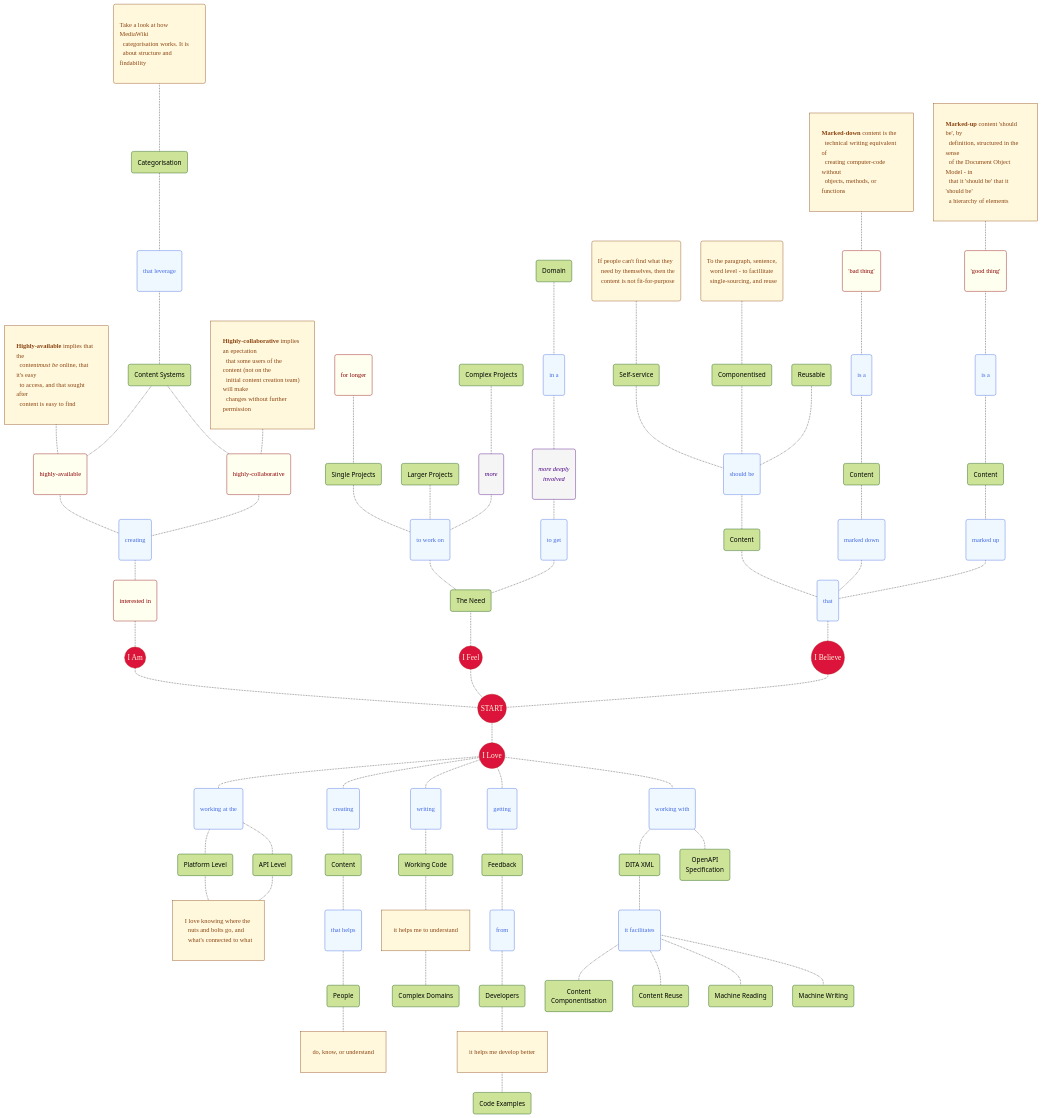
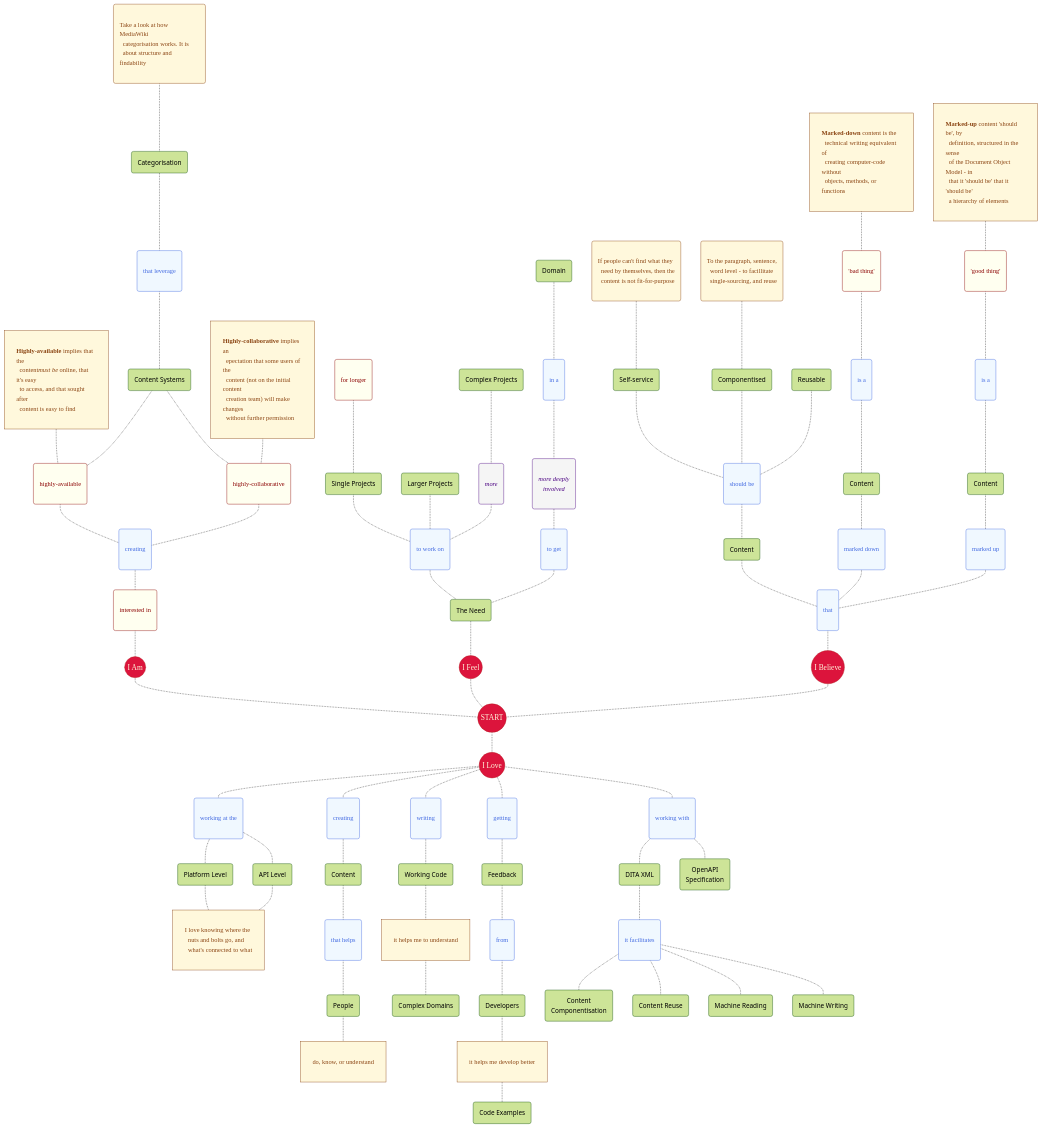
Before and after one commit to joe-dorward/samples: the diagram in my_mermaid_mindmap.md, drawn with Mermaid.

```diff
--- a/my_mermaid_mindmap.md
+++ b/my_mermaid_mindmap.md
@@ -3,13 +3,9 @@
 flowchart TD
   classDef Start fill:crimson, color:cornsilk, stroke:firebrick, font-family:verdana, font-size:14pt, padding:10px;
 
-  %%classDef Noun fill:honeydew, color:darkgreen, stroke:darkgreen, font-family:verdana, height:50px, line-height:16pt, font-size:14pt, padding:0px 0px 20px 50px;
-  %%classDef Noun font-family:verdana, height:36px, line-height:14pt, padding:8px;
-
   classDef Verb fill:aliceblue, color:royalblue, stroke:royalblue, font-family:verdana, padding:0px 4px;
   classDef Adverb fill:whitesmoke, color:indigo, stroke:indigo, font-family:verdana, font-style:italic, padding:0px 4px;
   classDef Adjective fill:ivory, color:darkred, stroke:darkred, font-family:verdana, padding:0px 4px;
-  %%classDef Note fill:cornsilk, stroke:saddlebrown, color:saddlebrown, font-family:verdana, text-align:left, padding-left:9px, padding-right:9px, margin-top:10px, margin-right:100px;
   classDef Note fill:cornsilk, stroke:saddlebrown, color:saddlebrown, font-family:verdana, text-align:left, margin:8px;
 
   SELF_SERVICE_NOTE("If people can't find what they<br/>&ensp;need by themselves, then the<br/>&ensp;content is not fit-for-purpose")
@@ -22,7 +18,7 @@
 
   %%HIGHLY_AVAILABLE_NOTE["<b>Highly-available</b> implies that the content<br/>&ensp;<i>must be</i> online, that it's easy to access, and<br/>&ensp;that sought after content is easy to find"]
   HIGHLY_AVAILABLE_NOTE["<b>Highly-available</b> implies that the<br/>&ensp;content<i>must be</i> online, that it's easy<br/>&ensp;to access, and that sought after<br/>&ensp;content is easy to find"]  
-  HIGHLY_COLABORATIVE_NOTE["<b>Highly-collaborative</b> implies an epectation<br/>&ensp;that some users of the content (not on the<br/>&ensp;initial content creation team) will make<br/>&ensp;changes without further permission"]
+  HIGHLY_COLABORATIVE_NOTE["<b>Highly-collaborative</b> implies an<br/>&ensp;epectation that some users of the<br/>&ensp;content (not on the initial content<br/>&ensp;creation team) will make changes<br/>&ensp;without further permission"]
 
   class SELF_SERVICE_NOTE,CATEGORISATION_NOTE,COMPONENTISED_NOTE,PLATFORM_LEVEL_NOTE,MARKED_DOWN_CONTENT_NOTE,MARKED_UP_CONTENT_NOTE,HIGHLY_AVAILABLE_NOTE,HIGHLY_COLABORATIVE_NOTE Note;
 
```
